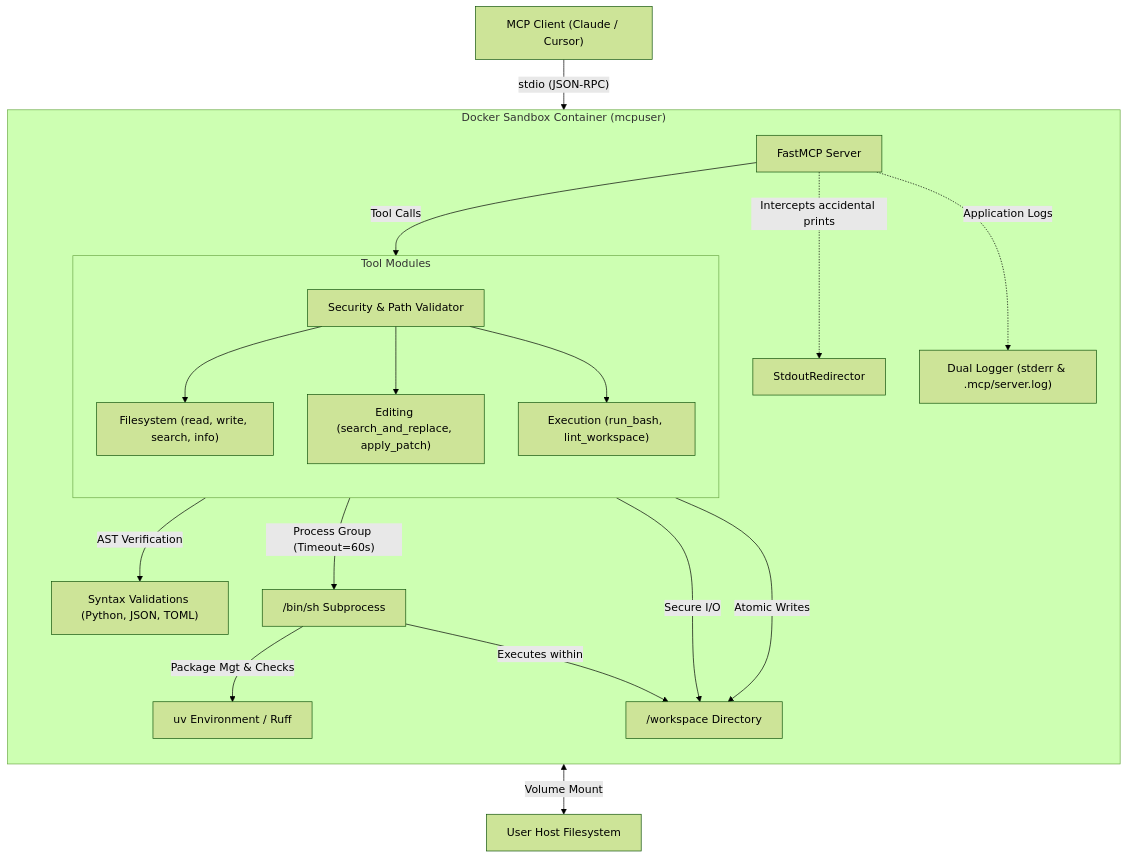
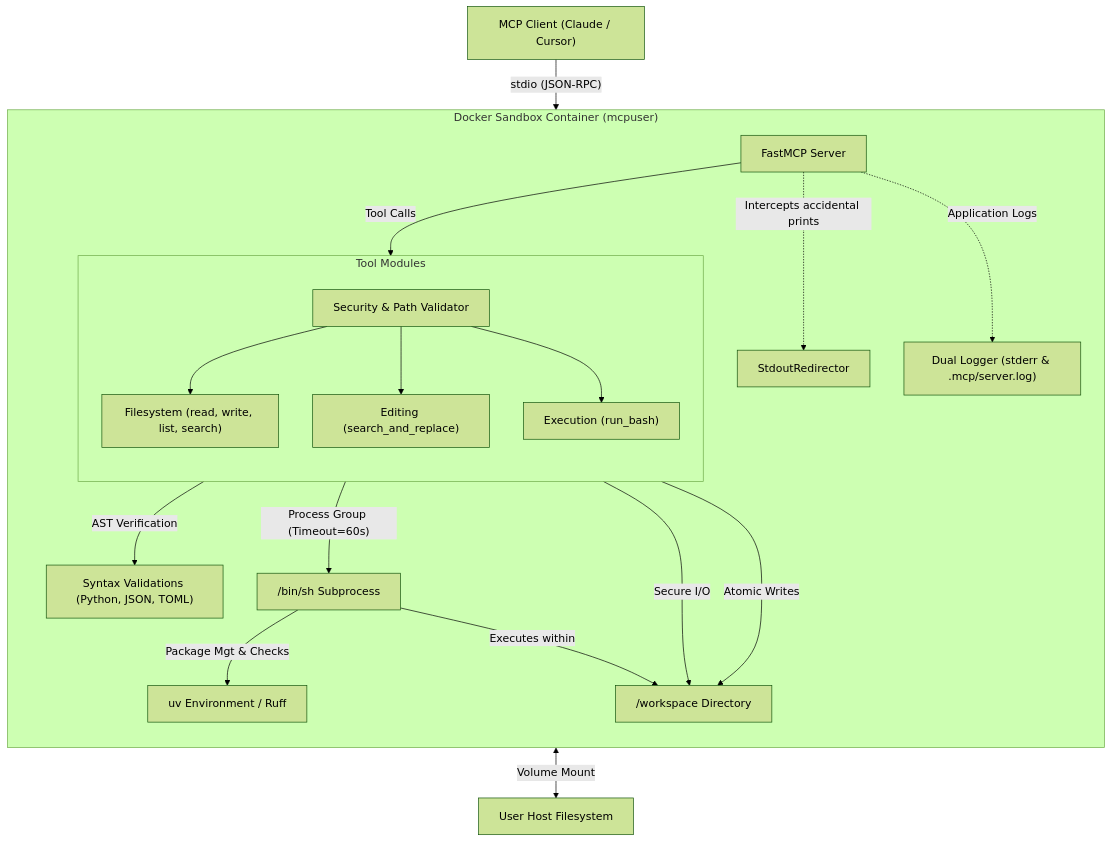
Before and after one commit to HrRodan/agent-workspace-mcp: the diagram in README.md, drawn with Mermaid (forest theme). The commit also changed other lines of this file and 8 other files, not shown here.

````diff
--- a/README.md
+++ b/README.md
@@ -25,30 +24,30 @@
 ```mermaid
 flowchart TD
     Client["MCP Client (Claude / Cursor)"] -- "stdio (JSON-RPC)" --> FastMCP["FastMCP Server"]
 
     subgraph Sandbox ["Docker Sandbox Container (mcpuser)"]
         direction TB
         
         FastMCP -. "Intercepts accidental prints" .-> StdioGuard["StdoutRedirector"]
         FastMCP -. "Application Logs" .-> Logger["Dual Logger (stderr & .mcp/server.log)"]
         
         FastMCP -- "Tool Calls" --> SecurityGuard["Security & Path Validator"]
         
         subgraph Toolset ["Tool Modules"]
             direction TB
-            SecurityGuard --> FSTools["Filesystem (read, write, search, info)"]
-            SecurityGuard --> EditTools["Editing (search_and_replace, apply_patch)"]
-            SecurityGuard --> ExecTools["Execution (run_bash, lint_workspace)"]
+            SecurityGuard --> FSTools["Filesystem (read, write, list, search)"]
+            SecurityGuard --> EditTools["Editing (search_and_replace)"]
+            SecurityGuard --> ExecTools["Execution (run_bash)"]
         end
 
         EditTools -- "AST Verification" --> Validator["Syntax Validations (Python, JSON, TOML)"]
         ExecTools -- "Process Group (Timeout=60s)" --> Shell["/bin/sh Subprocess"]
         Shell -- "Package Mgt & Checks" --> UV["uv Environment / Ruff"]
         
         FSTools -- "Secure I/O" --> Workspace["/workspace Directory"]
         EditTools -- "Atomic Writes" --> Workspace
         Shell -- "Executes within" --> Workspace
     end
 
     Workspace <--"Volume Mount"--> HostFS["User Host Filesystem"]
 ```
````
